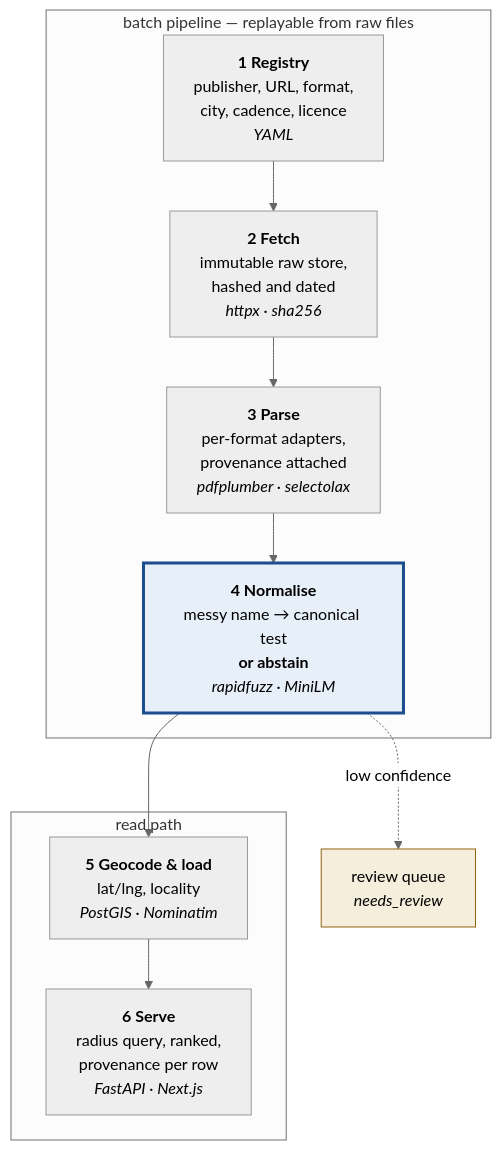
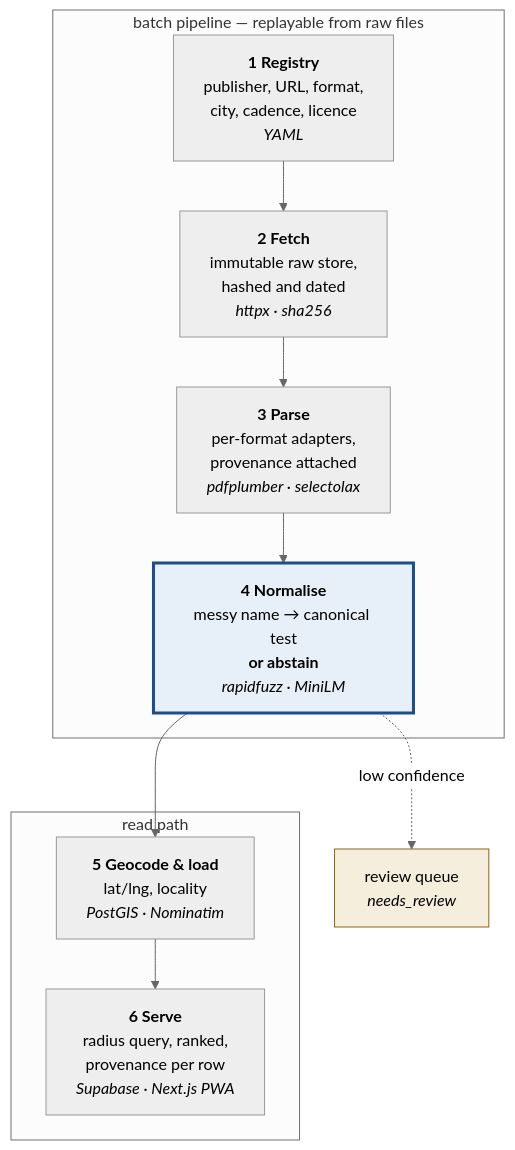
Before and after one commit to Naman9245/diagnostic-price-transparency: the second of 3 diagrams in docs/architecture.md, drawn with Mermaid (neutral theme). The commit also changed other lines of this file and 4 other files, not shown here.

First line of the commit message:
Partner hospitals: a new README and architecture for the whole app

````diff
--- a/docs/architecture.md
+++ b/docs/architecture.md
@@ -7,17 +47,17 @@
 ```mermaid
 flowchart TD
     subgraph batch["batch pipeline — replayable from raw files"]
         S1["<b>1 Registry</b><br/>publisher, URL, format,<br/>city, cadence, licence<br/><i>YAML</i>"]
         S2["<b>2 Fetch</b><br/>immutable raw store,<br/>hashed and dated<br/><i>httpx · sha256</i>"]
         S3["<b>3 Parse</b><br/>per-format adapters,<br/>provenance attached<br/><i>pdfplumber · selectolax</i>"]
         S4["<b>4 Normalise</b><br/>messy name → canonical test<br/><b>or abstain</b><br/><i>rapidfuzz · MiniLM</i>"]
     end
     subgraph serve["read path"]
         S5["<b>5 Geocode &amp; load</b><br/>lat/lng, locality<br/><i>PostGIS · Nominatim</i>"]
-        S6["<b>6 Serve</b><br/>radius query, ranked,<br/>provenance per row<br/><i>FastAPI · Next.js</i>"]
+        S6["<b>6 Serve</b><br/>radius query, ranked,<br/>provenance per row<br/><i>Supabase · Next.js PWA</i>"]
     end
     S1 --> S2 --> S3 --> S4 --> S5 --> S6
     S4 -.->|"low confidence"| RQ["review queue<br/><i>needs_review</i>"]
     style S4 fill:#E7EFF8,stroke:#1B4D8F,stroke-width:3px
     style RQ fill:#F6EEDC,stroke:#8E6412
 ```
````
